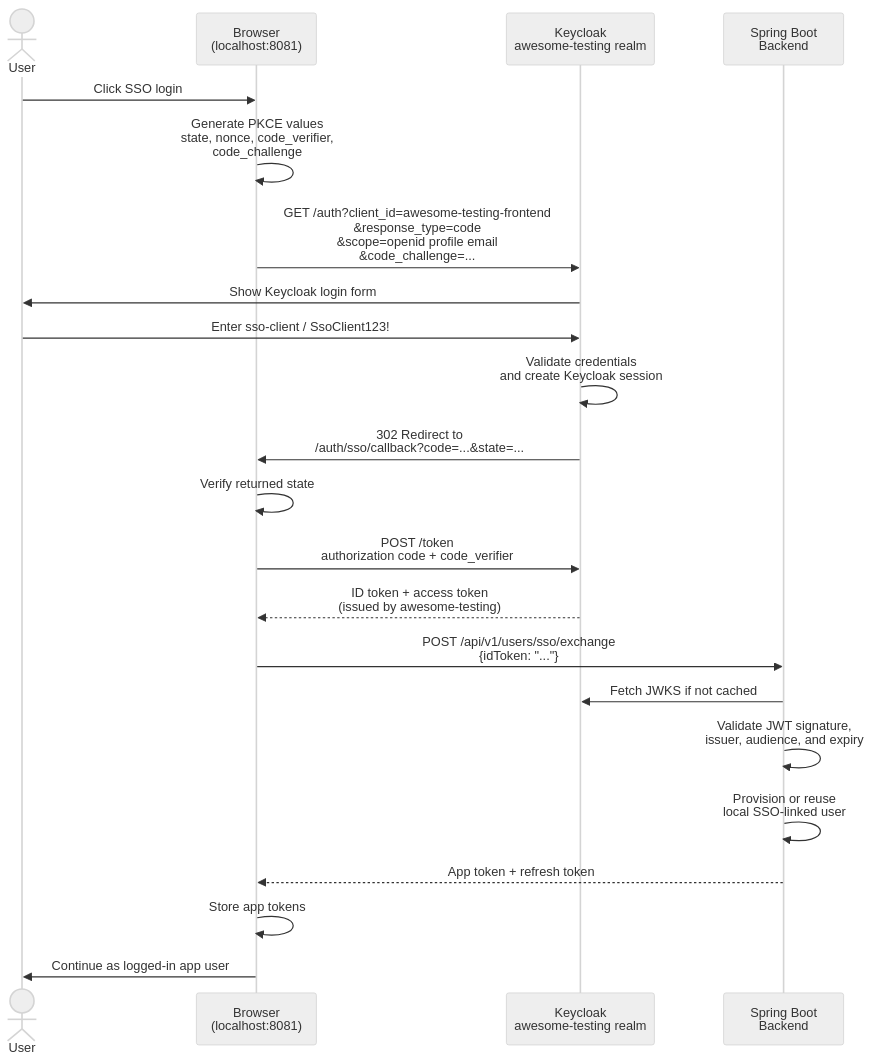
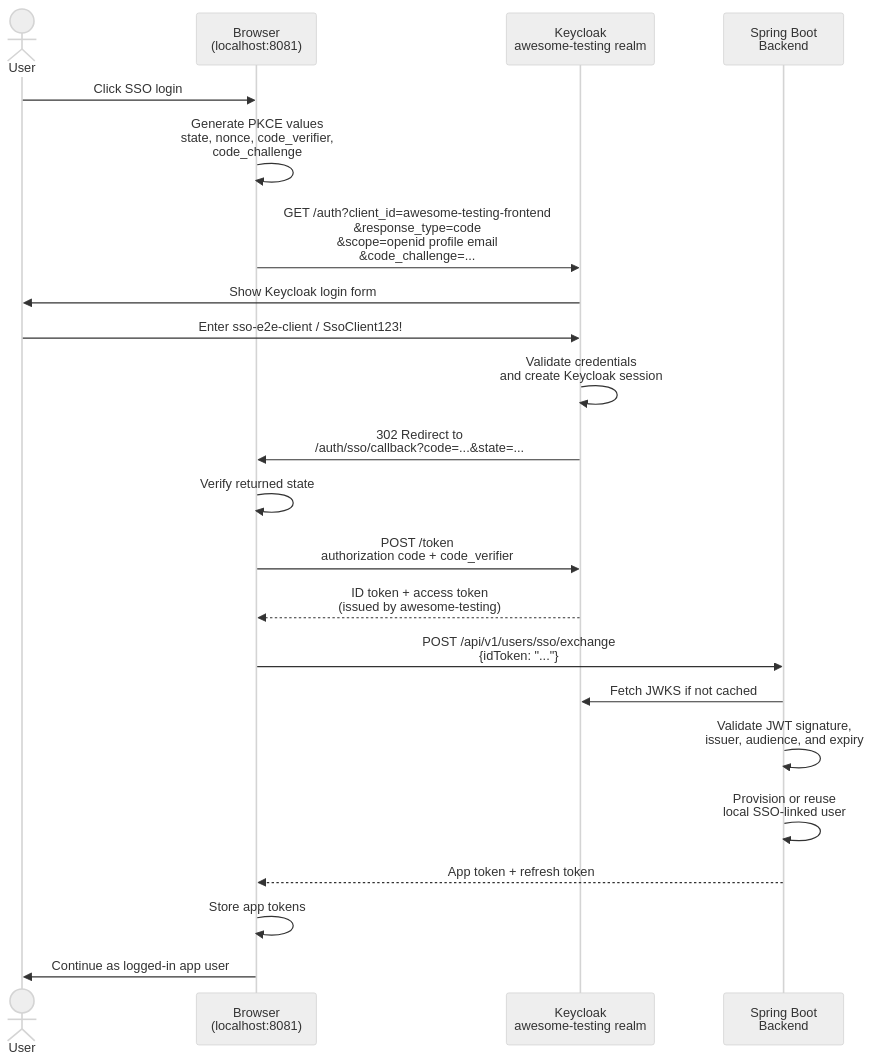
The fourth of 6 diagrams in docs/SSO_FLOW.md (slawekradzyminski/awesome-localstack), drawn with Mermaid (neutral theme) before and after one commit. The commit also changed other lines of this file and 4 other files, not shown here.

First line of the commit message:
Refresh the student guide and fix the SSO training user [skip ci] (#80)

````diff
--- a/docs/SSO_FLOW.md
+++ b/docs/SSO_FLOW.md
@@ -153,25 +153,25 @@
 ```mermaid
 sequenceDiagram
     actor User
     participant Browser as Browser<br/>(localhost:8081)
     participant KC as Keycloak<br/>awesome-testing realm
     participant Backend as Spring Boot<br/>Backend
 
     User->>Browser: Click SSO login
     Browser->>Browser: Generate PKCE values<br/>state, nonce, code_verifier,<br/>code_challenge
     Browser->>KC: GET /auth?client_id=awesome-testing-frontend<br/>&response_type=code<br/>&scope=openid profile email<br/>&code_challenge=...
     KC->>User: Show Keycloak login form
-    User->>KC: Enter sso-client / SsoClient123!
+    User->>KC: Enter sso-e2e-client / SsoClient123!
     KC->>KC: Validate credentials<br/>and create Keycloak session
     KC->>Browser: 302 Redirect to<br/>/auth/sso/callback?code=...&state=...
     Browser->>Browser: Verify returned state
     Browser->>KC: POST /token<br/>authorization code + code_verifier
     KC-->>Browser: ID token + access token<br/>(issued by awesome-testing)
     Browser->>Backend: POST /api/v1/users/sso/exchange<br/>{idToken: "..."}
     Backend->>KC: Fetch JWKS if not cached
     Backend->>Backend: Validate JWT signature,<br/>issuer, audience, and expiry
     Backend->>Backend: Provision or reuse<br/>local SSO-linked user
     Backend-->>Browser: App token + refresh token
     Browser->>Browser: Store app tokens
     Browser->>User: Continue as logged-in app user
 ```
````
